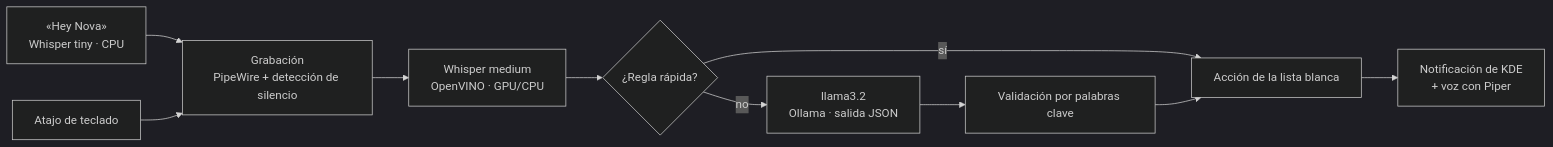
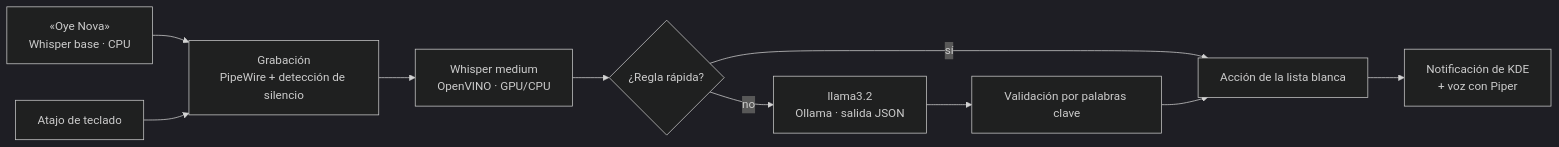
The diagram in README.md (frantsiles/asistente-voz), drawn with Mermaid (dark theme) before and after one commit. The commit also changed other lines of this file and 3 other files, not shown here.

First line of the commit message:
Nombre del asistente configurable y filtro de activación con Whisper base

````diff
--- a/README.md
+++ b/README.md
@@ -7,11 +7,11 @@
 ```mermaid
 flowchart LR
-    W["«Hey Nova»<br/>Whisper tiny · CPU"] --> B
+    W["«Oye Nova»<br/>Whisper base · CPU"] --> B
     A[Atajo de teclado] --> B[Grabación<br/>PipeWire + detección de silencio]
     B --> C[Whisper medium<br/>OpenVINO · GPU/CPU]
     C --> D{¿Regla rápida?}
     D -- sí --> F[Acción de la lista blanca]
     D -- no --> E[llama3.2<br/>Ollama · salida JSON]
     E --> V[Validación por palabras clave] --> F
     F --> G[Notificación de KDE<br/>+ voz con Piper]
 ```
````
